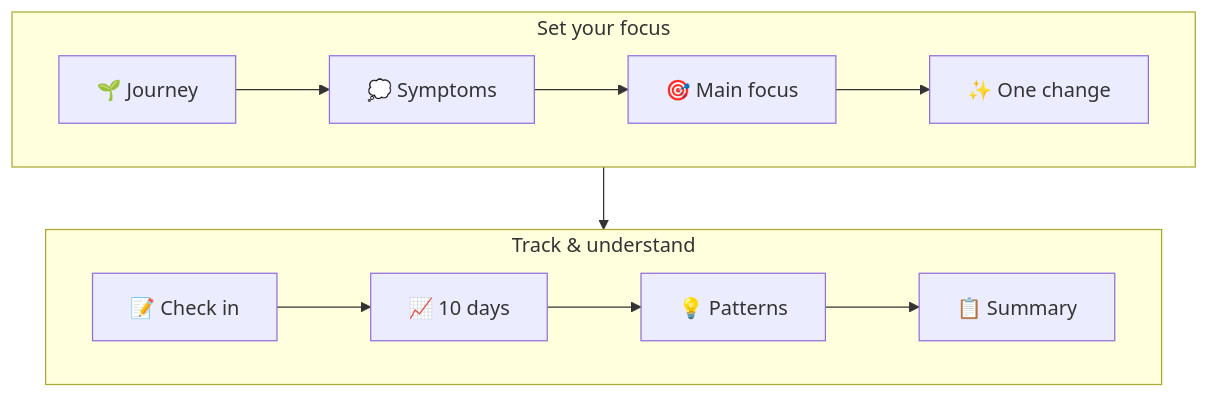
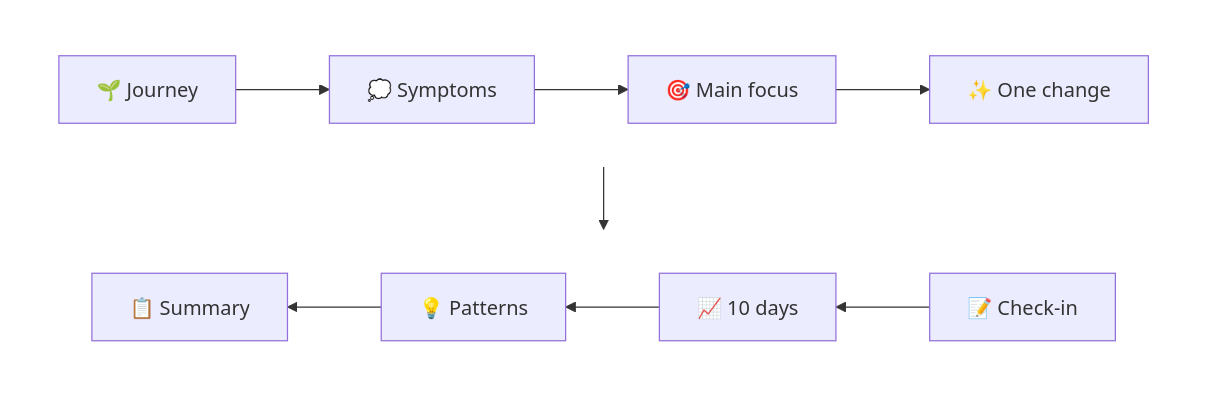
One commit to Huth-P/vitality-flow-splash changed the diagram in README.md. Above: the diagram before and after it, drawn with Mermaid.

Commit message:
Revise flowchart layout in README
Updated flowchart in README to improve clarity and organization.

````diff
--- a/README.md
+++ b/README.md
@@ -29,14 +29,31 @@
 ```mermaid
 flowchart TB
-    subgraph A["Set your focus"]
+    A["🌱 Journey"] --> B["💭 Symptoms"]
+    B --> C["🎯 Main focus"]
+    C --> D["✨ One change"]
+
+    D --> E["📝 Check-in"]
+
+    E --> F["📈 10 days"]
+    F --> G["💡 Patterns"]
+    G --> H["📋 Summary"]
+
+    subgraph row1[" "]
         direction LR
-        A1["🌱 Journey"] --> A2["💭 Symptoms"] --> A3["🎯 Main focus"] --> A4["✨ One change"]
+        A
+        B
+        C
+        D
     end
 
-    subgraph B["Track & understand"]
-        direction LR
-        B1["📝 Check in"] --> B2["📈 10 days"] --> B3["💡 Patterns"] --> B4["📋 Summary"]
+    subgraph row2[" "]
+        direction RL
+        E
+        F
+        G
+        H
     end
 
-    A4 --> B1
+    style row1 fill:none,stroke:none
+    style row2 fill:none,stroke:none
 ```
````
